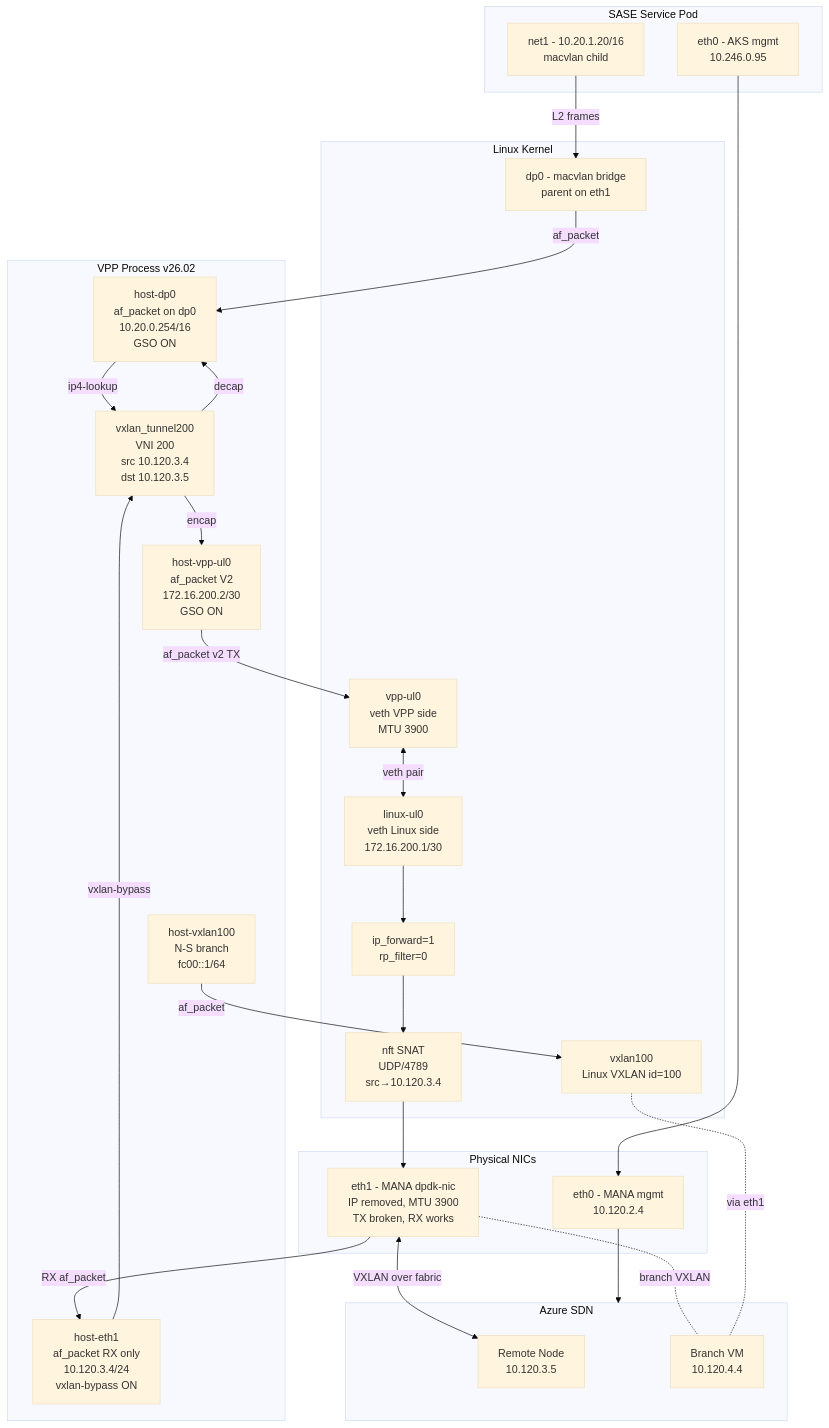
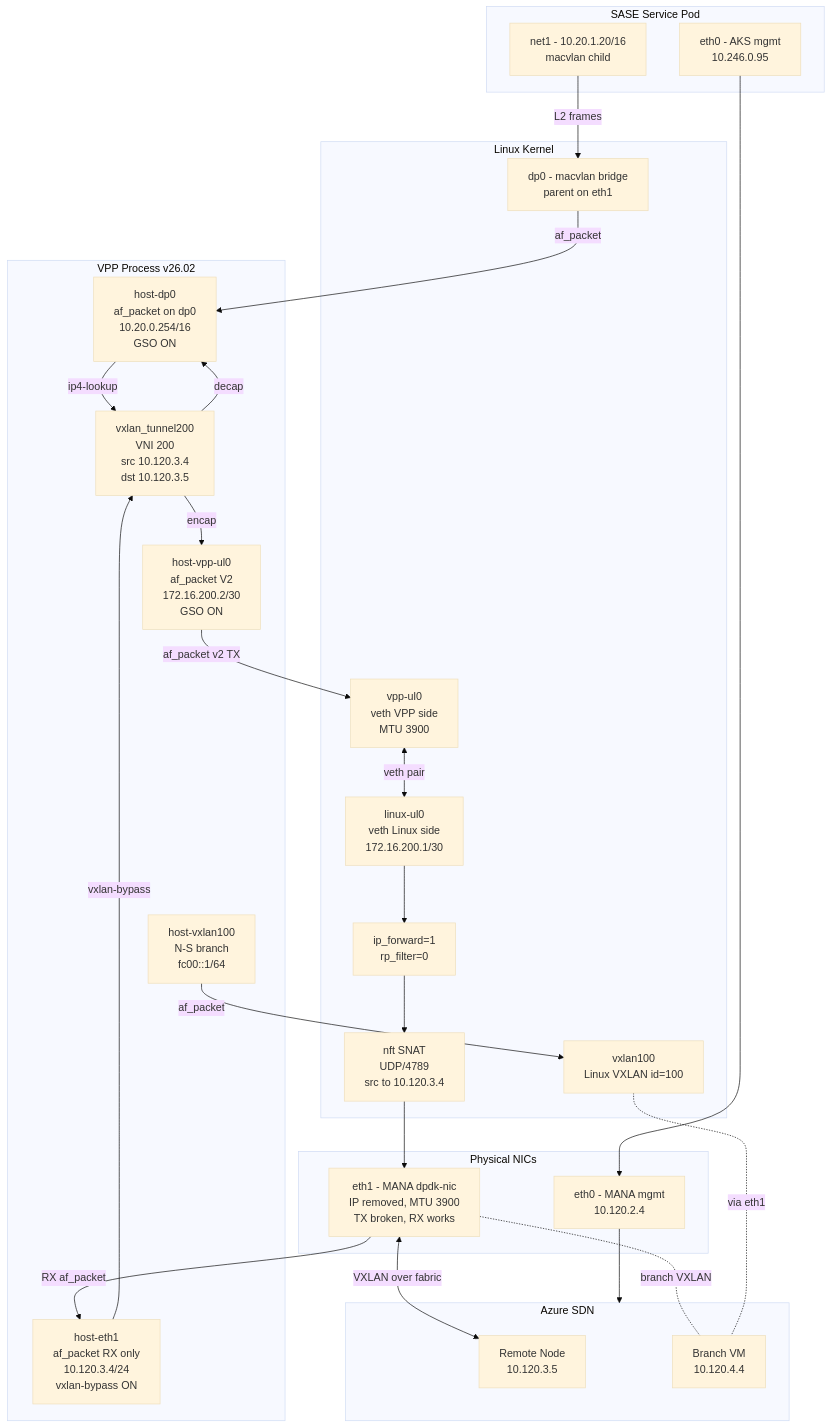
The diagram in pocs/phase1-node-local-vpp/05-vpp-owned-eth1/node-architecture.mmd (roie9876/SASE), drawn with Mermaid (base theme) before and after one commit. The commit also changed 1 other file, not shown here.

Commit message:
fix: replace \\n with <br/> in Mermaid diagrams for GitHub rendering

```diff
--- a/pocs/phase1-node-local-vpp/05-vpp-owned-eth1/node-architecture.mmd
+++ b/pocs/phase1-node-local-vpp/05-vpp-owned-eth1/node-architecture.mmd
@@ -1,54 +1,54 @@
 flowchart TD
     subgraph POD["SASE Service Pod"]
-        POD_NET1["net1 - 10.20.1.20/16\nmacvlan child"]
-        POD_ETH0["eth0 - AKS mgmt\n10.246.0.95"]
+        POD_NET1["net1 - 10.20.1.20/16<br/>macvlan child"]
+        POD_ETH0["eth0 - AKS mgmt<br/>10.246.0.95"]
     end
 
     subgraph VPP["VPP Process v26.02"]
-        DP0["host-dp0\naf_packet on dp0\n10.20.0.254/16\nGSO ON"]
-        VXLAN["vxlan_tunnel200\nVNI 200\nsrc 10.120.3.4\ndst 10.120.3.5"]
-        UL0["host-vpp-ul0\naf_packet V2\n172.16.200.2/30\nGSO ON"]
-        RX["host-eth1\naf_packet RX only\n10.120.3.4/24\nvxlan-bypass ON"]
-        VX100["host-vxlan100\nN-S branch\nfc00::1/64"]
+        DP0["host-dp0<br/>af_packet on dp0<br/>10.20.0.254/16<br/>GSO ON"]
+        VXLAN["vxlan_tunnel200<br/>VNI 200<br/>src 10.120.3.4<br/>dst 10.120.3.5"]
+        UL0["host-vpp-ul0<br/>af_packet V2<br/>172.16.200.2/30<br/>GSO ON"]
+        RX["host-eth1<br/>af_packet RX only<br/>10.120.3.4/24<br/>vxlan-bypass ON"]
+        VX100["host-vxlan100<br/>N-S branch<br/>fc00::1/64"]
     end
 
     subgraph LINUX["Linux Kernel"]
-        MACVLAN["dp0 - macvlan bridge\nparent on eth1"]
-        VETH_VPP["vpp-ul0\nveth VPP side\nMTU 3900"]
-        VETH_LNX["linux-ul0\nveth Linux side\n172.16.200.1/30"]
-        FWD["ip_forward=1\nrp_filter=0"]
-        SNAT["nft SNAT\nUDP/4789\nsrc→10.120.3.4"]
-        LNX_VX100["vxlan100\nLinux VXLAN id=100"]
+        MACVLAN["dp0 - macvlan bridge<br/>parent on eth1"]
+        VETH_VPP["vpp-ul0<br/>veth VPP side<br/>MTU 3900"]
+        VETH_LNX["linux-ul0<br/>veth Linux side<br/>172.16.200.1/30"]
+        FWD["ip_forward=1<br/>rp_filter=0"]
+        SNAT["nft SNAT<br/>UDP/4789<br/>src to 10.120.3.4"]
+        LNX_VX100["vxlan100<br/>Linux VXLAN id=100"]
     end
 
     subgraph NICS["Physical NICs"]
-        ETH1["eth1 - MANA dpdk-nic\nIP removed, MTU 3900\nTX broken, RX works"]
-        ETH0["eth0 - MANA mgmt\n10.120.2.4"]
+        ETH1["eth1 - MANA dpdk-nic<br/>IP removed, MTU 3900<br/>TX broken, RX works"]
+        ETH0["eth0 - MANA mgmt<br/>10.120.2.4"]
     end
 
     subgraph AZURE["Azure SDN"]
-        REMOTE["Remote Node\n10.120.3.5"]
-        BRANCH["Branch VM\n10.120.4.4"]
+        REMOTE["Remote Node<br/>10.120.3.5"]
+        BRANCH["Branch VM<br/>10.120.4.4"]
     end
 
     POD_NET1 -->|L2 frames| MACVLAN
     MACVLAN -->|af_packet| DP0
     DP0 -->|ip4-lookup| VXLAN
     VXLAN -->|encap| UL0
     UL0 -->|af_packet v2 TX| VETH_VPP
     VETH_VPP <-->|veth pair| VETH_LNX
     VETH_LNX --> FWD
     FWD --> SNAT
     SNAT --> ETH1
 
     ETH1 -->|RX af_packet| RX
     RX -->|vxlan-bypass| VXLAN
     VXLAN -->|decap| DP0
 
     ETH1 <-->|VXLAN over fabric| REMOTE
     ETH1 -.-|branch VXLAN| BRANCH
     VX100 -->|af_packet| LNX_VX100
     LNX_VX100 -.-|via eth1| BRANCH
 
     POD_ETH0 --> ETH0
     ETH0 --> AZURE
```
